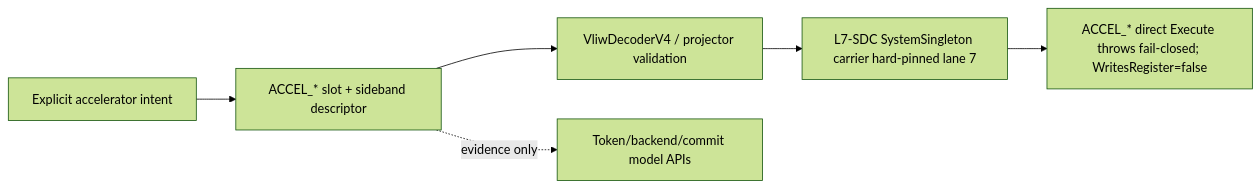
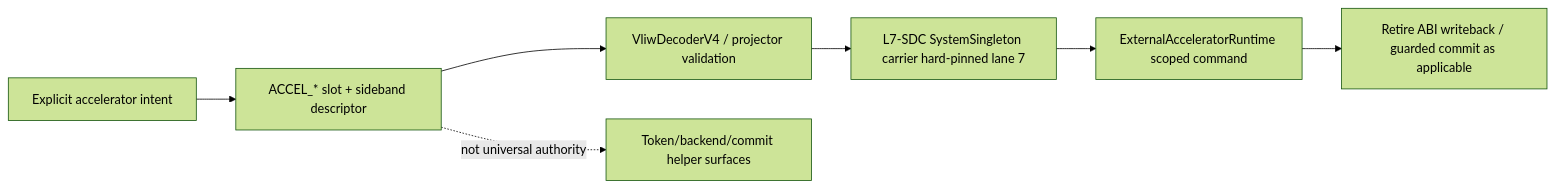
The fourth of 15 diagrams in README.md (yuriyyak23/HybridCPU-v2), drawn with Mermaid (forest theme) before and after one commit. The commit also changed other lines of this file and 1360 other files, not shown here.

````diff
--- a/README.md
+++ b/README.md
@@ -387,8 +415,9 @@
 ```mermaid
 flowchart LR
     INTENT["Explicit accelerator intent"] --> SIDE["ACCEL_* slot + sideband descriptor"]
     SIDE --> DEC["VliwDecoderV4 / projector validation"]
     DEC --> L7["L7-SDC SystemSingleton carrier hard-pinned lane 7"]
-    L7 --> CLOSED["ACCEL_* direct Execute throws fail-closed; WritesRegister=false"]
-    SIDE -. "evidence only" .-> MODEL["Token/backend/commit model APIs"]
+    L7 --> RUN["ExternalAcceleratorRuntime scoped command"]
+    RUN --> RET["Retire ABI writeback / guarded commit as applicable"]
+    SIDE -. "not universal authority" .-> MODEL["Token/backend/commit helper surfaces"]
 ```
````
